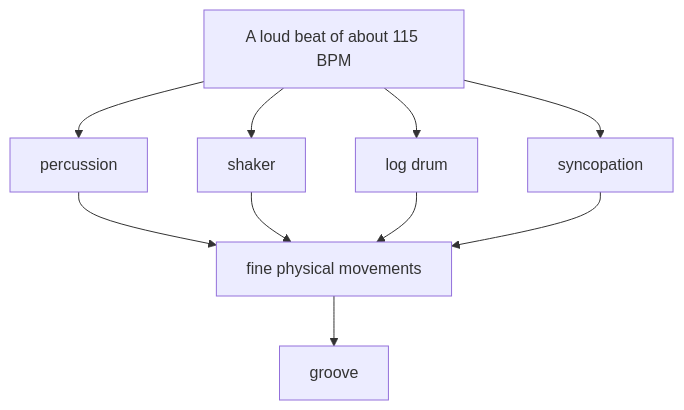
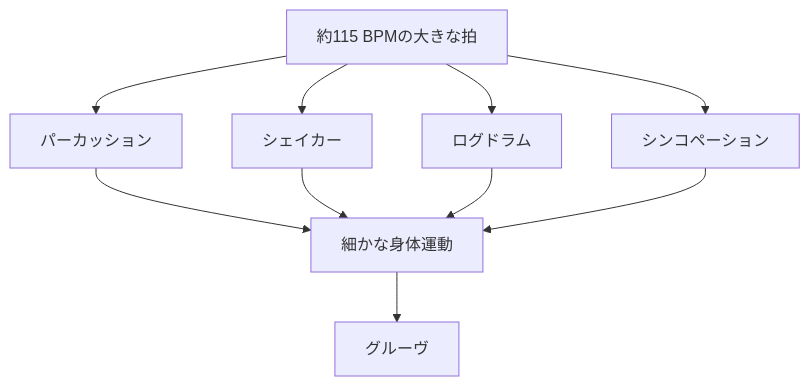
One commit to monumental-movement/monumental-movement.github.io changed the fifth of 6 diagrams in en/_posts/2026-08-14-column-amapiano-no-need-drop.md. Above: the diagram before and after it, drawn with Mermaid. The commit also changed other lines of this file and 2196 other files, not shown here.

```diff
--- a/en/_posts/2026-08-14-column-amapiano-no-need-drop.md
+++ b/en/_posts/2026-08-14-column-amapiano-no-need-drop.md
@@ -554,12 +553,12 @@
 <div class="mermaid">
 flowchart TD
-A[A loud beat of about 115 BPM] --> B[percussion]
-A --> C[shaker]
-A --> D[log drum]
-A --> E[syncopation]
-B --> F[fine physical movements]
+A[約115 BPMの大きな拍] --> B[パーカッション]
+A --> C[シェイカー]
+A --> D[ログドラム]
+A --> E[シンコペーション]
+B --> F[細かな身体運動]
 C --> F
 D --> F
 E --> F
-F --> G[groove]
+F --> G[グルーヴ]
 </div>
```
